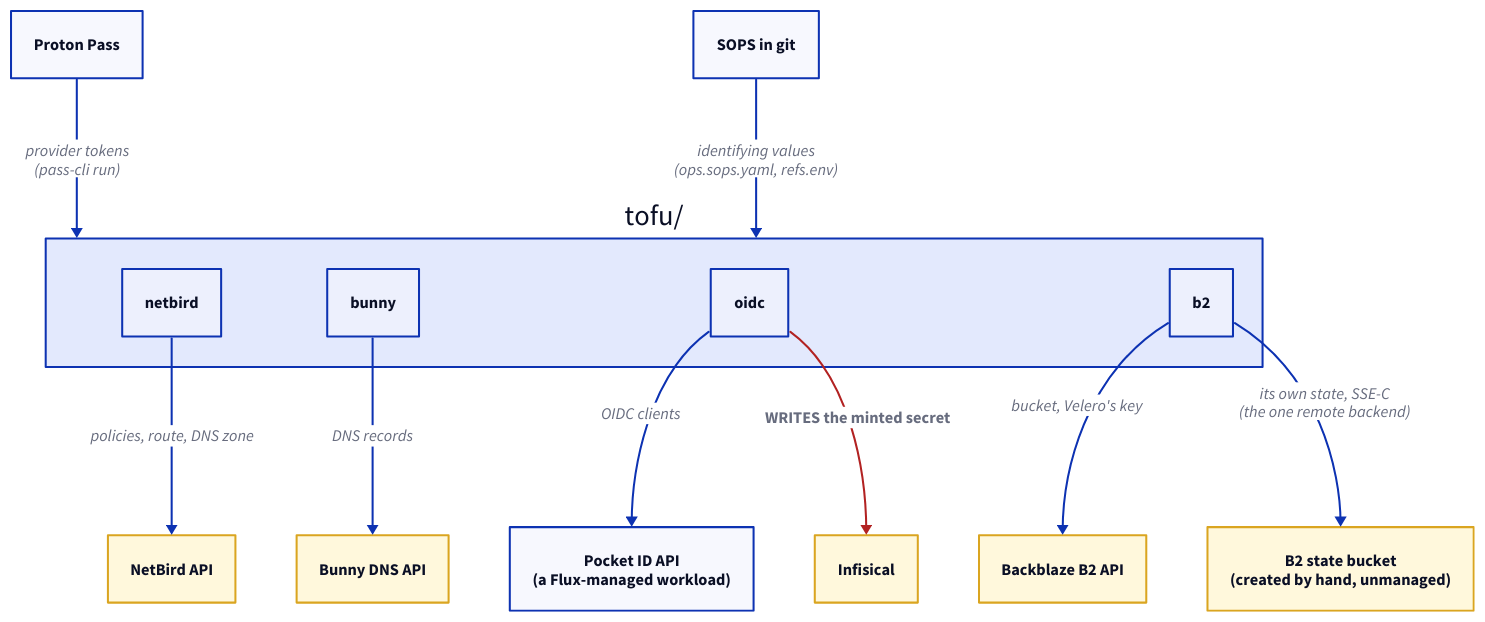
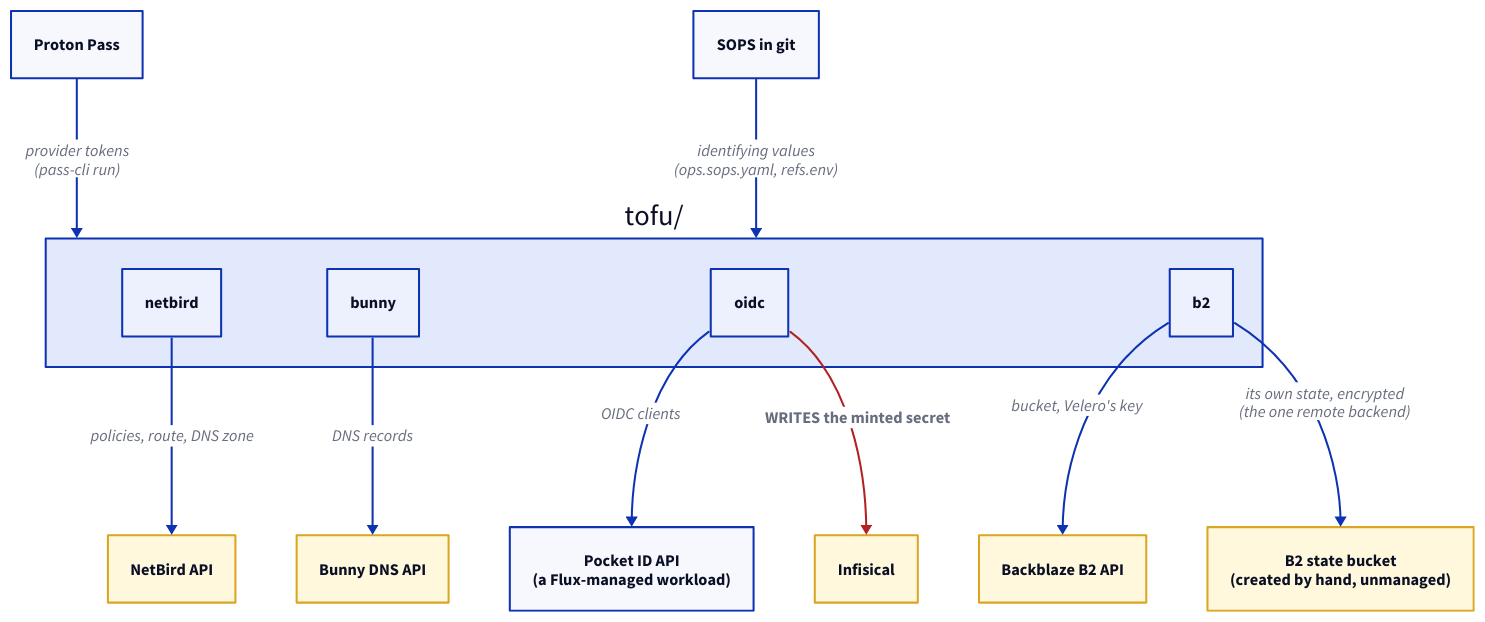
The diagram in docs/src/tofu/index.md (brewcoua/futhark), drawn with D2 before and after one commit. The commit also changed other lines of this file and 10 other files, not shown here.

````diff
--- a/docs/src/tofu/index.md
+++ b/docs/src/tofu/index.md
@@ -131,46 +131,46 @@
 ```d2
 direction: down
 
 classes: {
   external: {
     style: {
       stroke: goldenrod
       fill: cornsilk
     }
   }
   danger: {
     style: {
       bold: true
       stroke: firebrick
     }
   }
 }
 
 pass: Proton Pass
 sops: SOPS in git
 infisical: Infisical { class: external }
 
 modules: "tofu/" {
   bunny
   oidc
   netbird
   b2
 }
 
 pass -> modules: provider tokens\n(pass-cli run)
 sops -> modules: identifying values\n(ops.sops.yaml, refs.env)
 
 modules.bunny -> bunny-api: DNS records
 modules.netbird -> nb-api: policies, route, DNS zone
 modules.oidc -> pocketid: OIDC clients
 modules.b2 -> b2-api: bucket, Velero's key
-modules.b2 -> b2-state: "its own state, SSE-C\n(the one remote backend)"
+modules.b2 -> b2-state: "its own state, encrypted\n(the one remote backend)"
 
 bunny-api: Bunny DNS API { class: external }
 nb-api: NetBird API { class: external }
 pocketid: "Pocket ID API\n(a Flux-managed workload)"
 b2-api: Backblaze B2 API { class: external }
 b2-state: "B2 state bucket\n(created by hand, unmanaged)" { class: external }
 
 modules.oidc -> infisical: WRITES the minted secret { class: danger }
 ```
````
